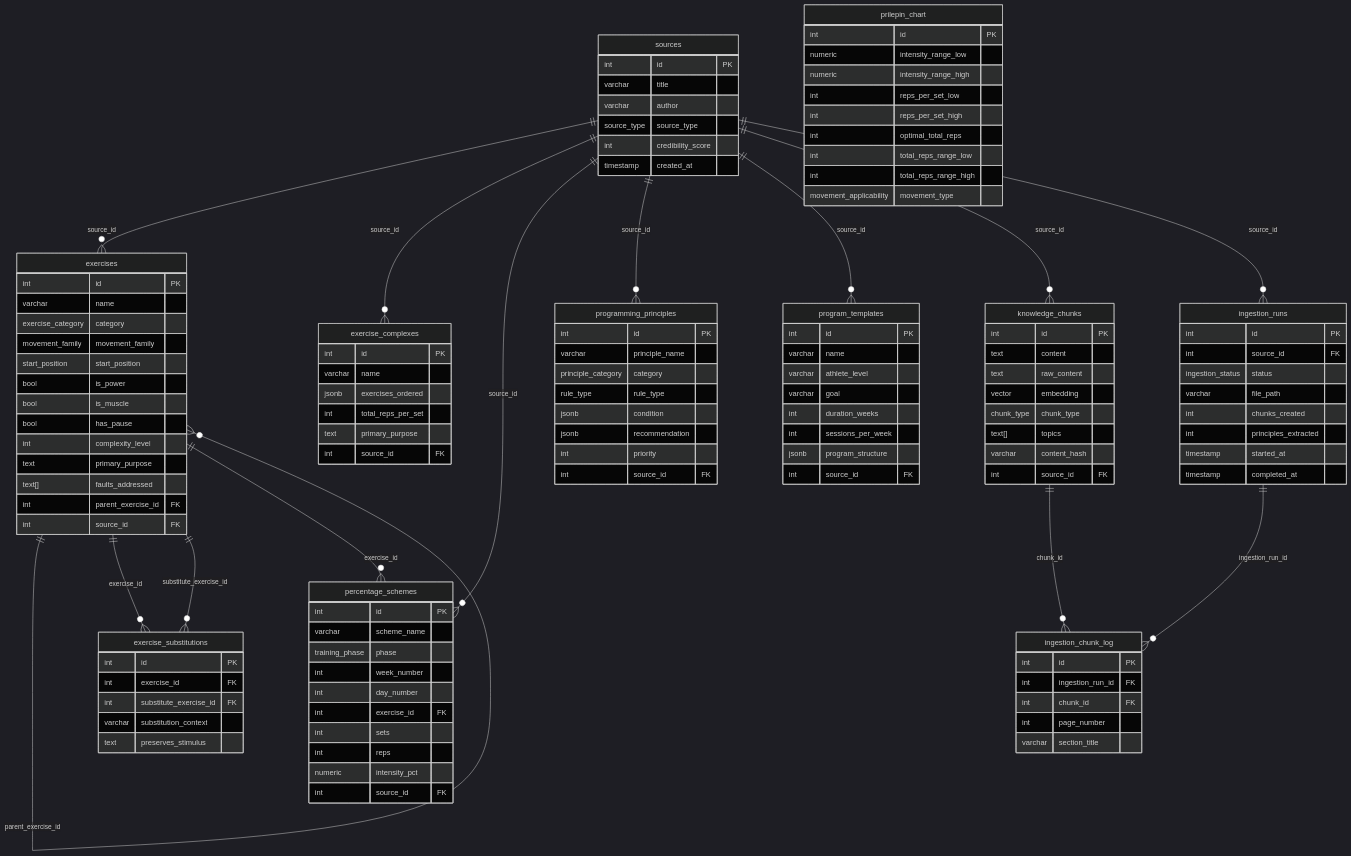
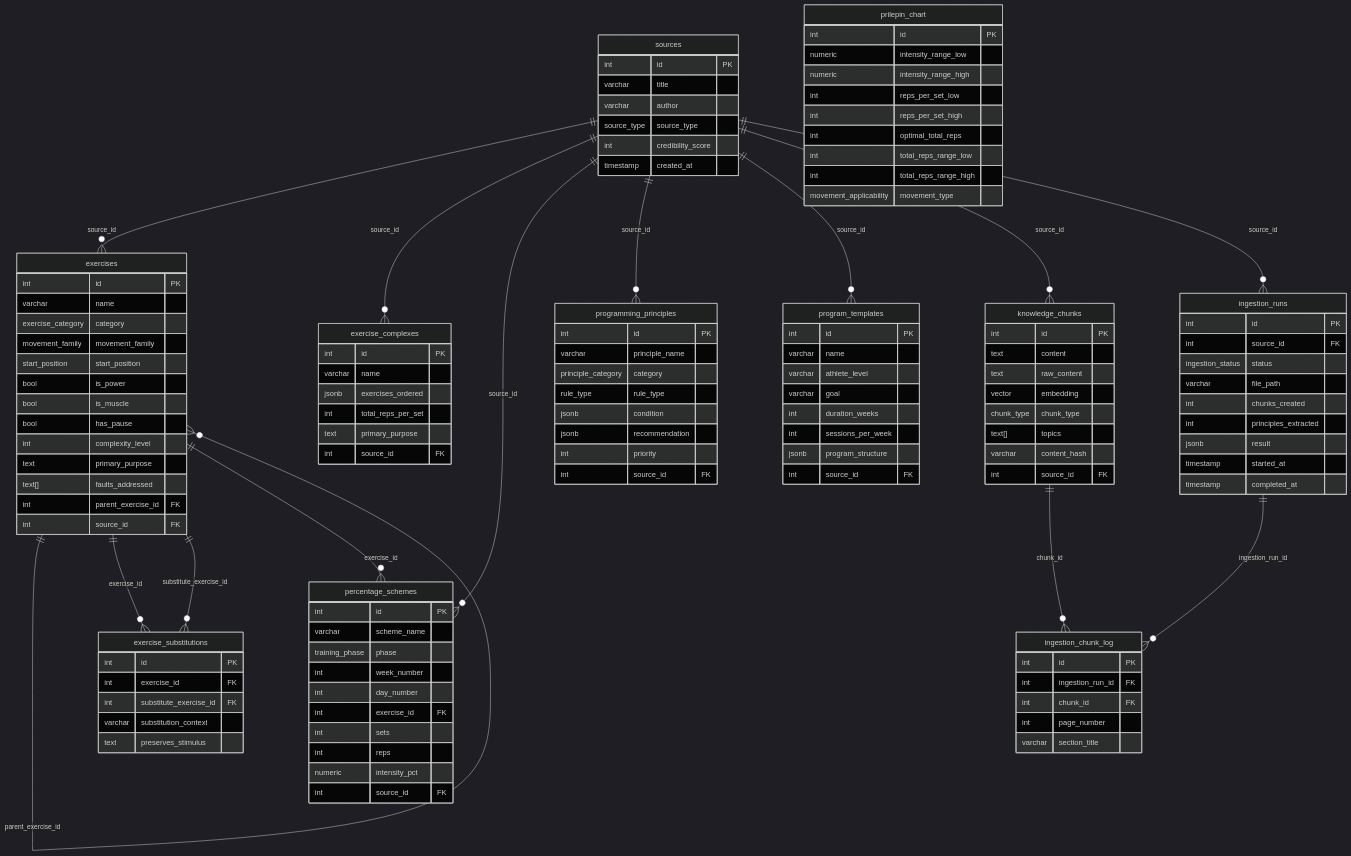
Before and after one commit to dcmshi/oly-program-generator: the first of 2 diagrams in docs/SCHEMA.md, drawn with Mermaid (dark theme). The commit also changed other lines of this file and 12 other files, not shown here.

```diff
--- a/docs/SCHEMA.md
+++ b/docs/SCHEMA.md
@@ -124,6 +124,7 @@
         varchar file_path
         int chunks_created
         int principles_extracted
+        jsonb result
         timestamp started_at
         timestamp completed_at
     }
```
